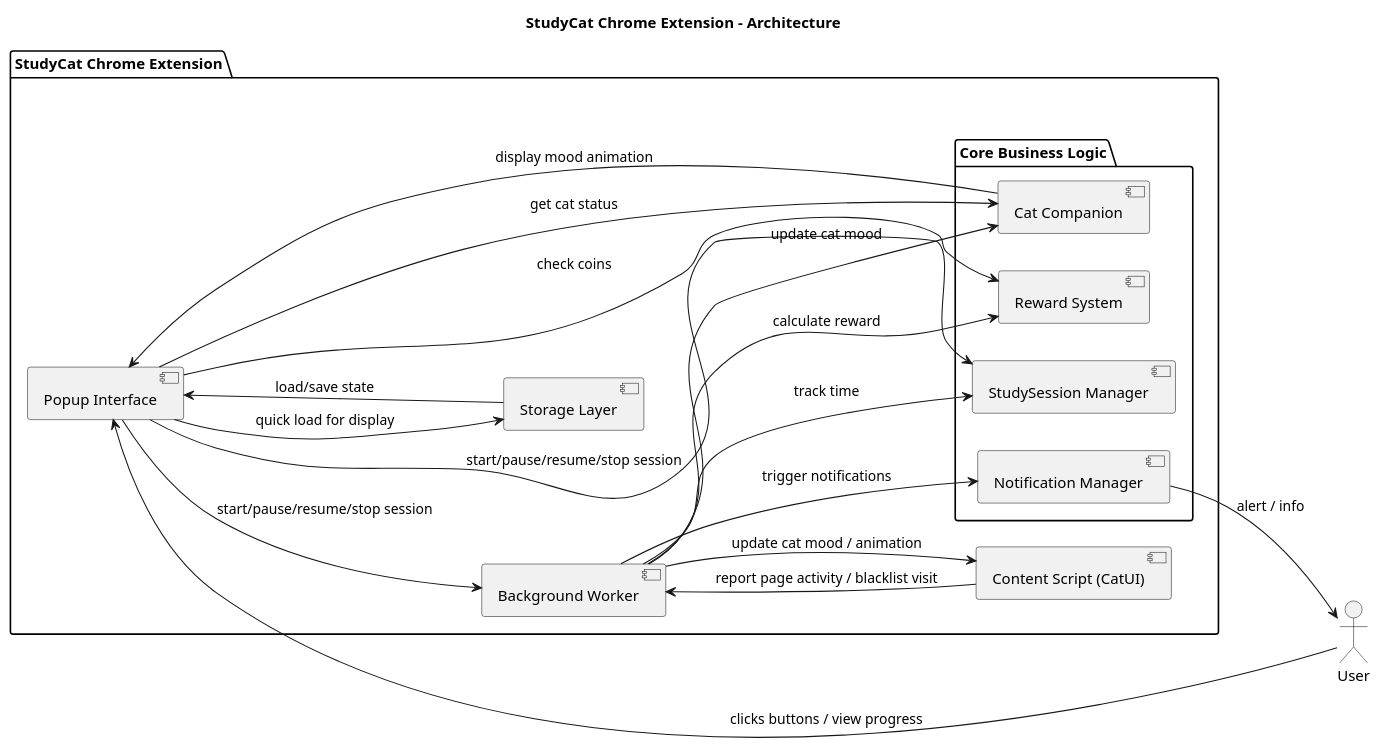
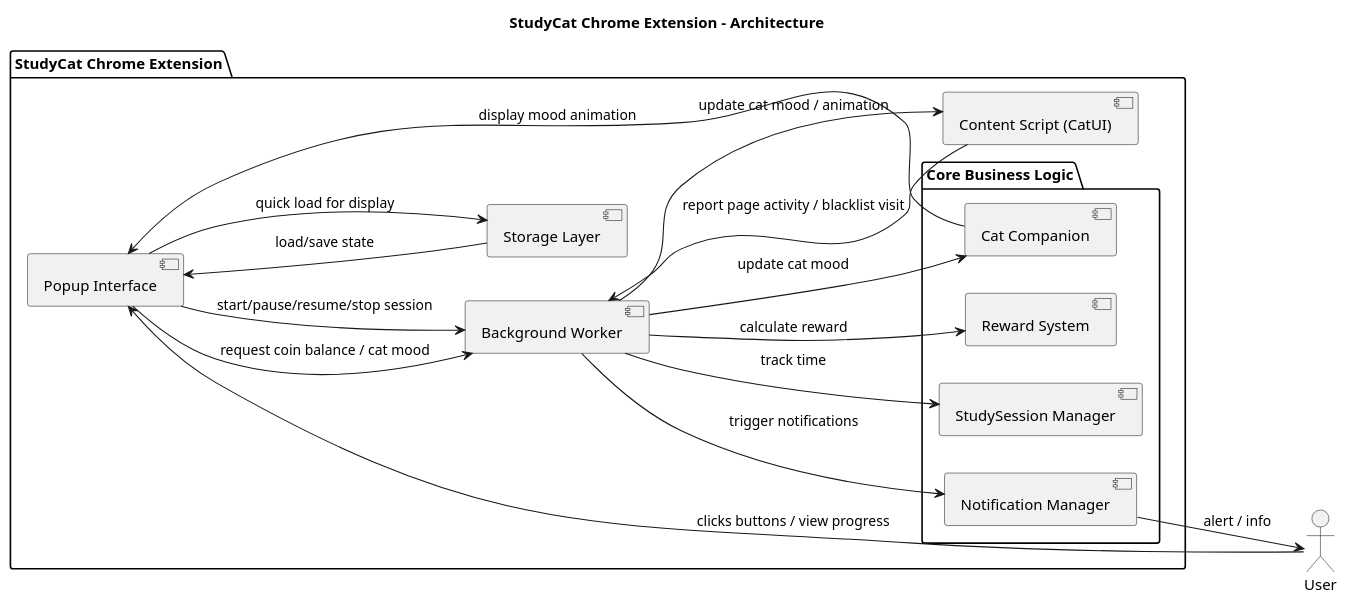
Before and after one commit to shuwangs/study_cat: the diagram in docs/ArchitectureDiagram.puml, drawn with PlantUML. The commit also changed 6 other files, not shown here.

Commit message:
Add webmonitorDiagram

```diff
--- a/docs/ArchitectureDiagram.puml
+++ b/docs/ArchitectureDiagram.puml
@@ -1,47 +1,45 @@
 @startuml
 title StudyCat Chrome Extension - Architecture
 
 left to right direction
 
 actor User
 
 package "StudyCat Chrome Extension" {
   [Popup Interface] as Popup
   [Background Worker] as Background
   [Content Script (CatUI)] as Content
   [Storage Layer] as Storage
 
   package "Core Business Logic" {
     [StudySession Manager] as Session
     [Reward System] as Reward
     [Cat Companion] as Cat
     [Notification Manager] as Notify
   }
 }
 
 ' User interactions
 User --> Popup : clicks buttons / view progress
 Popup --> Background : start/pause/resume/stop session
+Popup --> Background : request coin balance / cat mood
 
-Popup --> Session : start/pause/resume/stop session
-Popup --> Reward : check coins
-Popup --> Cat : get cat status
 
 ' Background flow
 Background --> Session : track time
 Background --> Reward : calculate reward
 Background --> Cat : update cat mood
 Background --> Notify : trigger notifications
 
 ' Web monirotring
 Background --> Content : update cat mood / animation
 Content --> Background : report page activity / blacklist visit
 
 ' Data 
 Storage --> Popup : load/save state
 Popup --> Storage : quick load for display
 
 ' User feedback
 Notify --> User : alert / info
 Cat --> Popup : display mood animation
 @enduml
```
